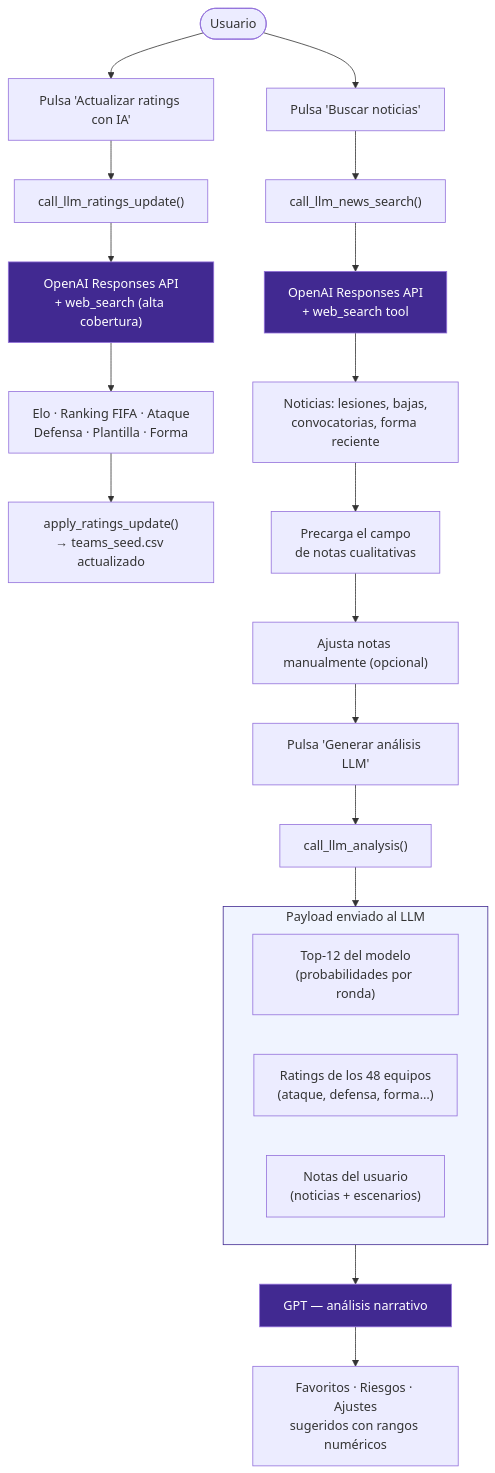
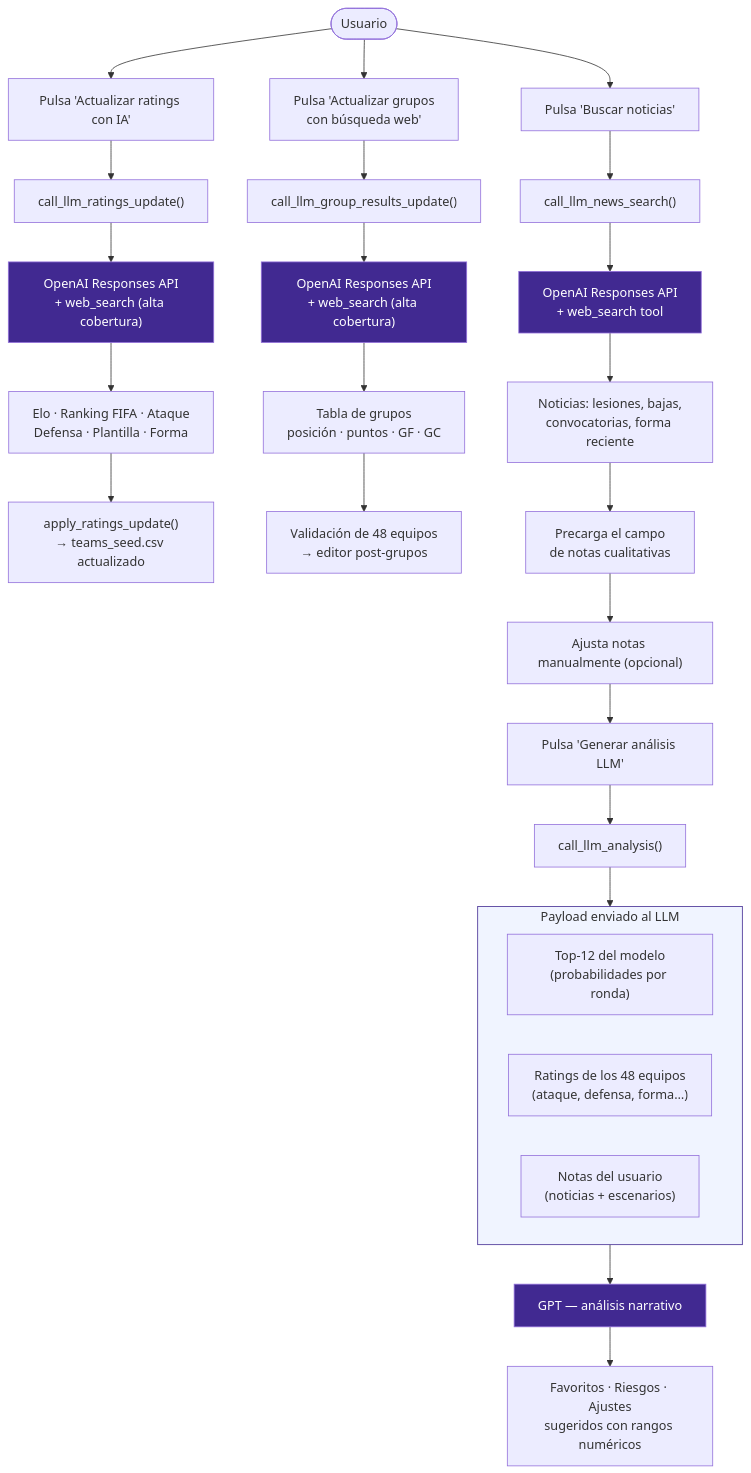
The second of 7 diagrams in README.md (fjgonzalezmgt/WCUP2026), drawn with Mermaid before and after one commit. The commit also changed other lines of this file and 3 other files, not shown here.

First line of the commit message:
Implement group results update and knockout simulation features

````diff
--- a/README.md
+++ b/README.md
@@ -63,33 +73,40 @@
 ```mermaid
 flowchart TD
     U([Usuario]) --> R["Pulsa 'Actualizar ratings con IA'"]
     R --> RA["call_llm_ratings_update()"]
     RA --> RB["OpenAI Responses API\n+ web_search (alta cobertura)"]
     RB --> RC["Elo · Ranking FIFA · Ataque\nDefensa · Plantilla · Forma"]
     RC --> RD["apply_ratings_update()\n→ teams_seed.csv actualizado"]
+
+    U --> GR["Pulsa 'Actualizar grupos\ncon búsqueda web'"]
+    GR --> GRA["call_llm_group_results_update()"]
+    GRA --> GRB["OpenAI Responses API\n+ web_search (alta cobertura)"]
+    GRB --> GRC["Tabla de grupos\nposición · puntos · GF · GC"]
+    GRC --> GRD["Validación de 48 equipos\n→ editor post-grupos"]
 
     U --> A["Pulsa 'Buscar noticias'"]
     A --> B["call_llm_news_search()"]
     B --> C["OpenAI Responses API\n+ web_search tool"]
     C --> D["Noticias: lesiones, bajas,\nconvocatorias, forma reciente"]
     D --> E["Precarga el campo\nde notas cualitativas"]
 
     E --> F["Ajusta notas manualmente (opcional)"]
     F --> G["Pulsa 'Generar análisis LLM'"]
     G --> H["call_llm_analysis()"]
 
     subgraph payload [Payload enviado al LLM]
         P1["Top-12 del modelo\n(probabilidades por ronda)"]
         P2["Ratings de los 48 equipos\n(ataque, defensa, forma…)"]
         P3["Notas del usuario\n(noticias + escenarios)"]
     end
 
     H --> payload
     payload --> I["GPT — análisis narrativo"]
     I --> J["Favoritos · Riesgos · Ajustes\nsugeridos con rangos numéricos"]
 
     style C fill:#412991,color:#fff
     style RB fill:#412991,color:#fff
+    style GRB fill:#412991,color:#fff
     style I fill:#412991,color:#fff
     style payload fill:#f0f4ff,stroke:#412991
 ```
````
